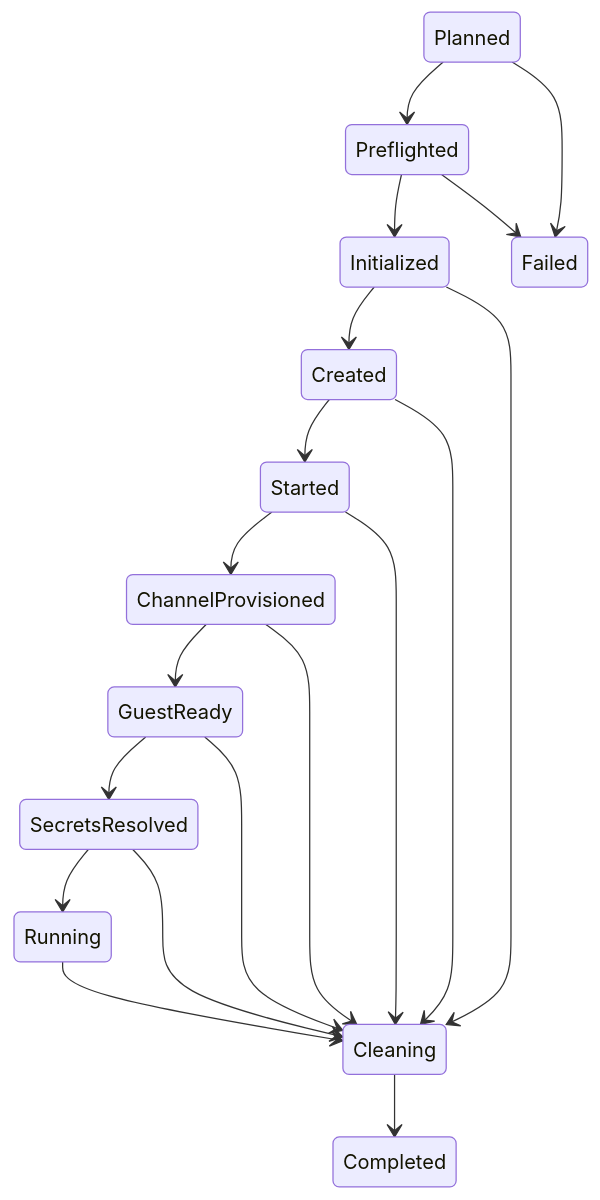
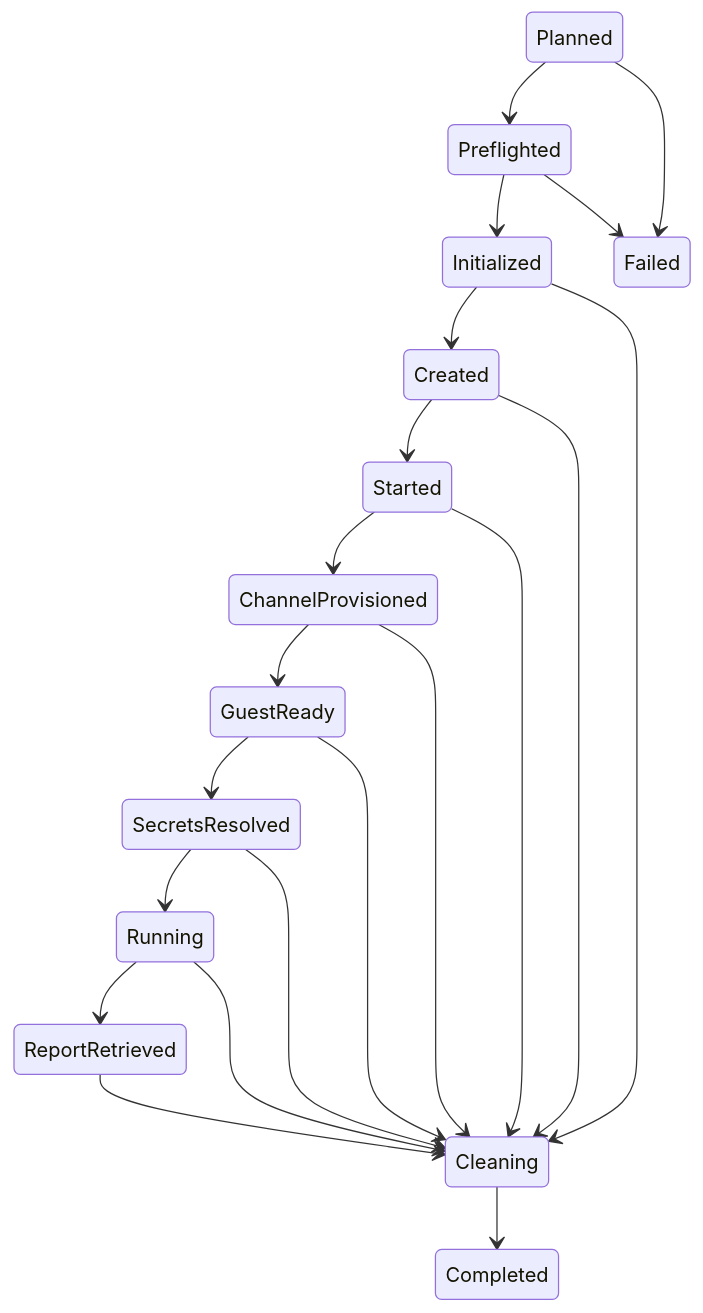
One commit to mbianchidev/sendbox changed the diagram in docs/architecture/agent-orchestration.md. Above: the diagram before and after it, drawn with Mermaid. The commit also changed other lines of this file and 20 other files, not shown here.

````diff
--- a/docs/architecture/agent-orchestration.md
+++ b/docs/architecture/agent-orchestration.md
@@ -35,21 +42,23 @@
 ```mermaid
 stateDiagram-v2
     Planned --> Preflighted
     Preflighted --> Initialized
     Initialized --> Created
     Created --> Started
     Started --> ChannelProvisioned
     ChannelProvisioned --> GuestReady
     GuestReady --> SecretsResolved
     SecretsResolved --> Running
+    Running --> ReportRetrieved
+    ReportRetrieved --> Cleaning
     Running --> Cleaning
     Cleaning --> Completed
     Planned --> Failed
     Preflighted --> Failed
     Initialized --> Cleaning
     Created --> Cleaning
     Started --> Cleaning
     ChannelProvisioned --> Cleaning
     GuestReady --> Cleaning
     SecretsResolved --> Cleaning
 ```
````
